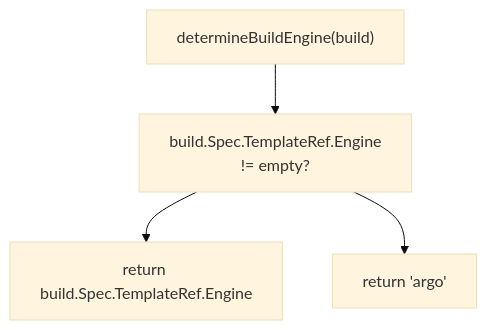
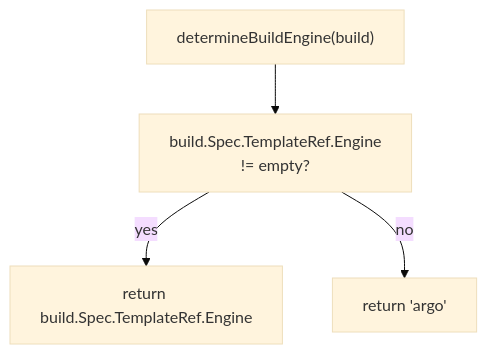
Before and after one commit to openchoreo/openchoreo: the sixth of 9 diagrams in docs/deepwiki/Build-Controller.md, drawn with Mermaid (base theme). The commit also changed other lines of this file and 85 other files, not shown here.

Commit message:
feat: Add new workflow and specification templates, update Helm chart dependencies, and clarify documentation diagrams.

````diff
--- a/docs/deepwiki/Build-Controller.md
+++ b/docs/deepwiki/Build-Controller.md
@@ -280,12 +280,12 @@
 ```mermaid
 flowchart TD
 
 Start["determineBuildEngine(build)"]
 CheckSpec["build.Spec.TemplateRef.Engine<br>!= empty?"]
 ReturnSpec["return build.Spec.TemplateRef.Engine"]
 ReturnDefault["return 'argo'"]
 
 Start --> CheckSpec
-CheckSpec --> ReturnSpec
-CheckSpec --> ReturnDefault
+CheckSpec -->|"yes"| ReturnSpec
+CheckSpec -->|"no"| ReturnDefault
 ```
````
